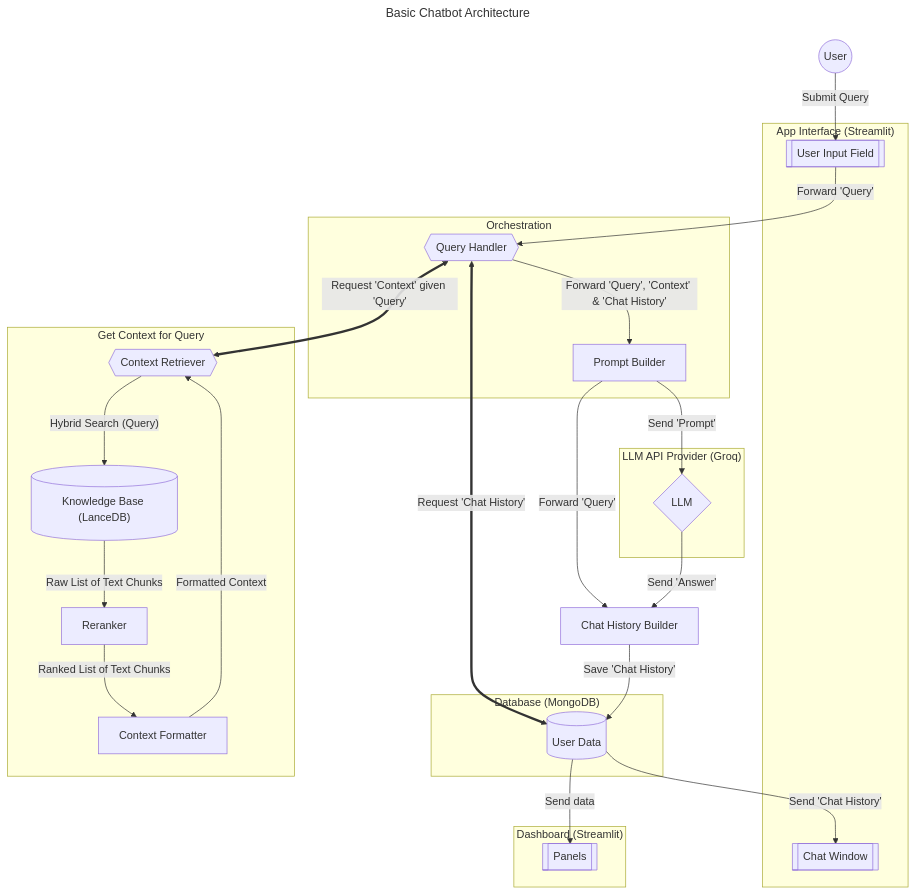
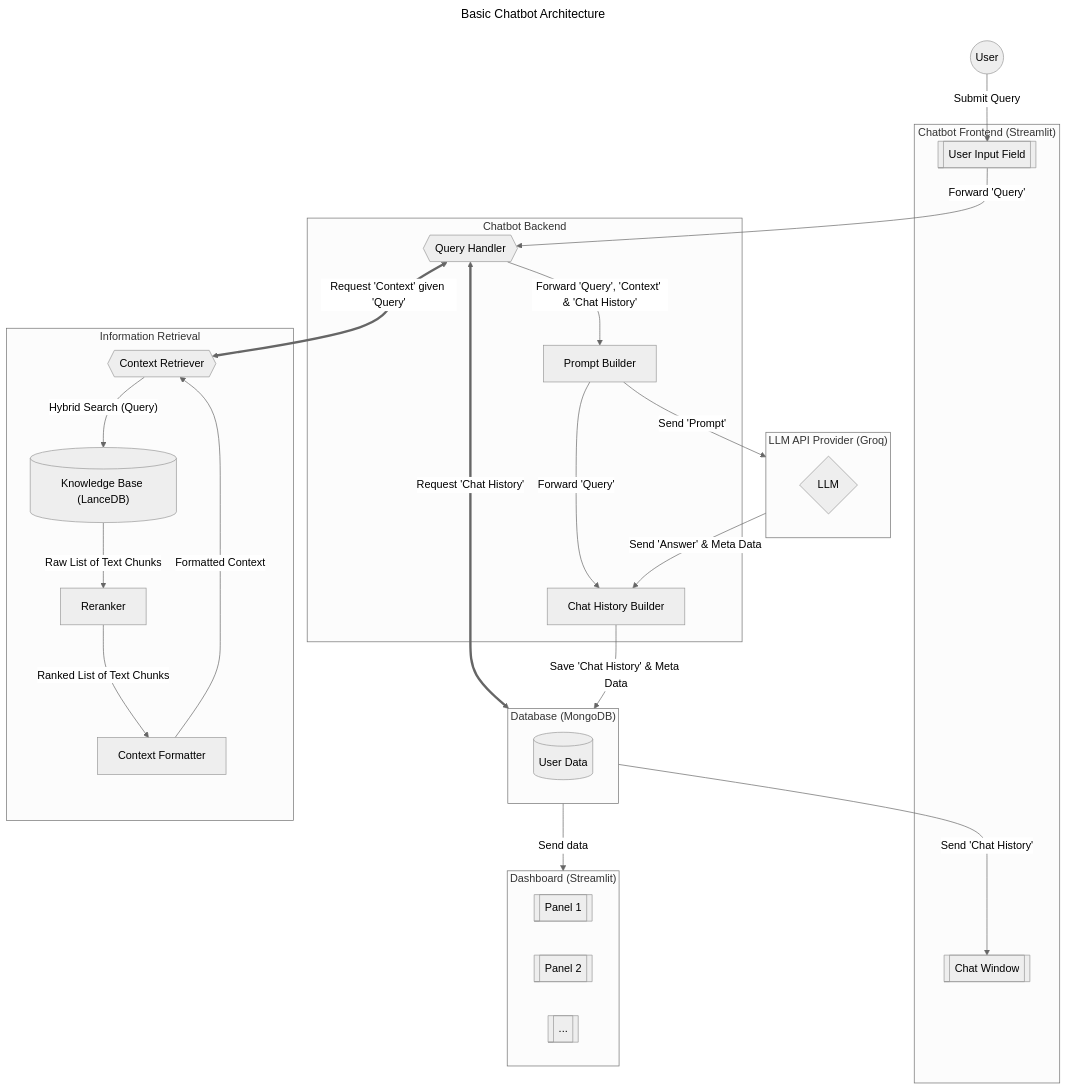
Before and after one commit to alexkolo/rag_nutrition_facts_blog: the diagram in docs/offical_how_i_build_it.md, drawn with Mermaid.

Commit message:
improve flowchat

````diff
--- a/docs/offical_how_i_build_it.md
+++ b/docs/offical_how_i_build_it.md
@@ -9,49 +9,53 @@
 ```mermaid
 ---
 title: Basic Chatbot Architecture
 ---
-graph
+%%{init: {'theme':'neutral'}}%%
 
-  User((User)) -->|Submit Query| InputField
+graph TD
 
-  subgraph "App Interface (Streamlit)"
+  User(("User")) -->|Submit Query| InputField
+
+  subgraph "Chatbot Frontend (Streamlit)"
     InputField[["User Input Field"]]
     ChatWindow[["Chat Window"]]
   end
   InputField -->|"Forward 'Query'"| QueryHandler
 
-  subgraph "Database (MongoDB)"
+  subgraph UserDB["Database (MongoDB)"]
     UserData[("User Data")]
   end
-  subgraph Orchestration
+  subgraph "Chatbot Backend"
     QueryHandler{{"Query Handler"}}
     PromptBuilder["Prompt Builder"]
+    ChatHistoryBuilder["Chat History Builder"]
+    QueryHandler -->|"Forward 'Query', 'Context' & 'Chat History'"| PromptBuilder
+    PromptBuilder --> |"Forward 'Query'"| ChatHistoryBuilder
   end
   QueryHandler <==>|"Request 'Context' given 'Query'"| Retriever
-  QueryHandler <==>|"Request 'Chat History'"| UserData
-  QueryHandler -->|"Forward 'Query', 'Context' & 'Chat History'"| PromptBuilder
-  PromptBuilder --> |"Forward 'Query'"| ChatHistoryBuilder
+  QueryHandler <===>|"Request 'Chat History'"| UserDB
 
-  subgraph Get Context for Query
+  subgraph IR["Information Retrieval"]
     Retriever{{"Context Retriever"}} --> |"Hybrid Search (Query)"| KBase[("Knowledge Base (LanceDB)")]
     KBase --> |Raw List of Text Chunks| Reranker["Reranker"]
     Reranker -->  |Ranked List of Text Chunks| ContextFormatter["Context Formatter"]
     ContextFormatter --> |Formatted Context| Retriever
   end
 
-  subgraph "LLM API Provider (Groq)"
+  subgraph LLMProvider["LLM API Provider (Groq)"]
     LLM{"LLM"}
   end
-  PromptBuilder --> |"Send 'Prompt'"| LLM
-  LLM --> |"Send 'Answer'"| ChatHistoryBuilder
+  PromptBuilder --> |"Send 'Prompt'"| LLMProvider
+  LLMProvider --> |"Send 'Answer' & Meta Data"| ChatHistoryBuilder
 
-  ChatHistoryBuilder["Chat History Builder"]
-  ChatHistoryBuilder --> |"Save 'Chat History'"| UserData
+  ChatHistoryBuilder --> |"Save 'Chat History' & Meta Data"| UserDB
 
-  subgraph "Dashboard (Streamlit)"
-    Panels[["Panels"]]
+  subgraph Dashboard["Dashboard (Streamlit)"]
+    Panel01[["Panel 1"]]
+    Panel02[["Panel 2"]]
+    Panel03[["..."]]
   end
-  UserData --> |"Send data"| Panels
-  UserData --> |"Send 'Chat History'"| ChatWindow
+  UserDB --> |"Send data"| Dashboard
+  UserDB --> |"Send 'Chat History'"| ChatWindow
 
 ```
````
